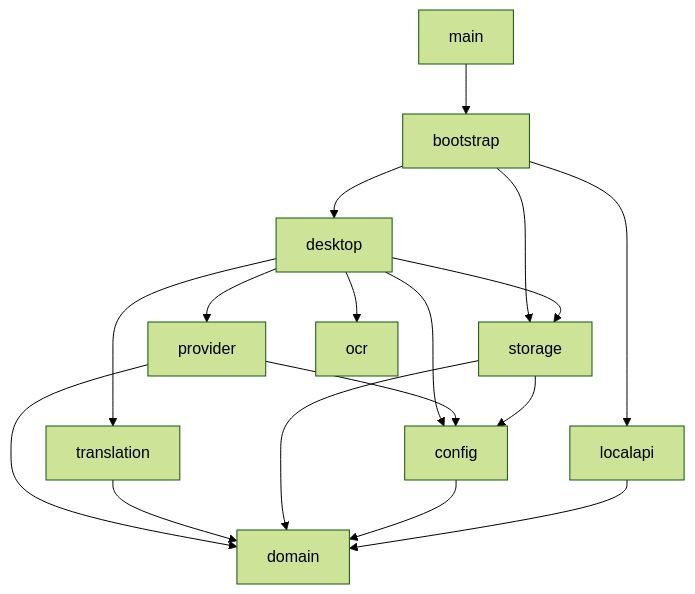
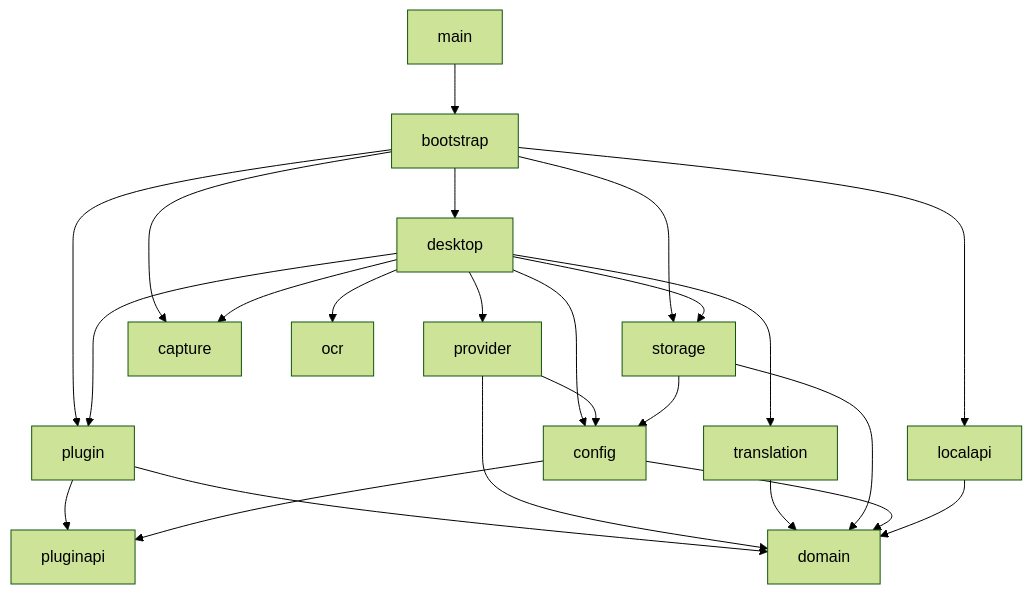
Before and after one commit to Sen0E/Lumin: the diagram in docs/architecture.md, drawn with Mermaid (forest theme). The commit also changed other lines of this file and 63 other files, not shown here.

````diff
--- a/docs/architecture.md
+++ b/docs/architecture.md
@@ -35,19 +47,26 @@
 ```mermaid
 flowchart TD
   main --> bootstrap
   bootstrap --> desktop
   bootstrap --> localapi
   bootstrap --> storage
   desktop --> translation
   desktop --> provider
   desktop --> storage
+  bootstrap --> capture
+  bootstrap --> plugin
+  desktop --> capture
+  desktop --> plugin
+  plugin --> domain
+  plugin --> pluginapi
+  config --> pluginapi
   desktop --> ocr
   desktop --> config
   provider --> config
   provider --> domain
   translation --> domain
   storage --> domain
   storage --> config
   config --> domain
   localapi --> domain
 ```
````
